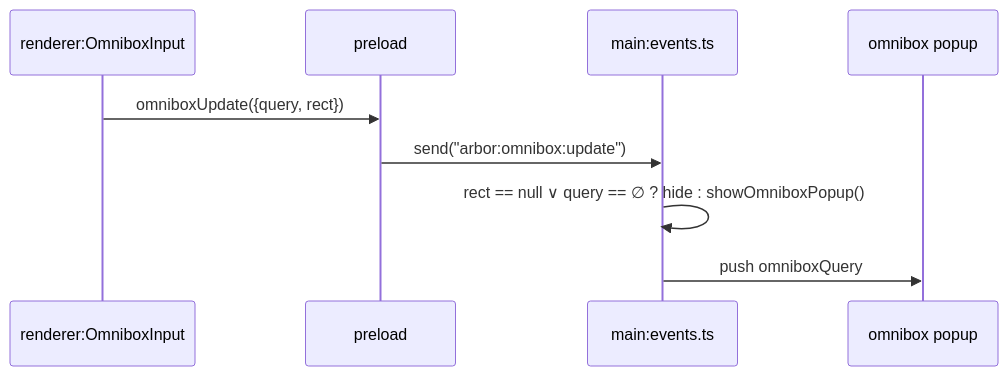
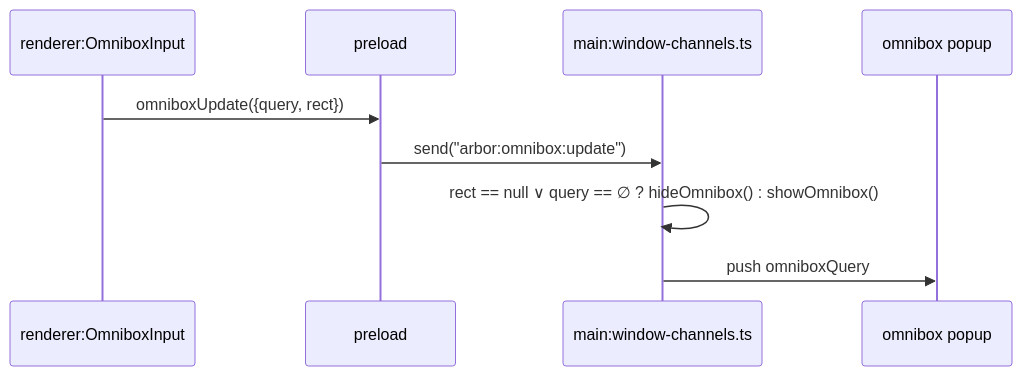
The second of 3 diagrams in docs/architecture/02-ipc.md (rom100main/arbor), drawn with Mermaid before and after one commit. The commit also changed other lines of this file and 3 other files, not shown here.

Commit message:
docs(architecture): extension handling use effect, simplify windows handling

````diff
--- a/docs/architecture/02-ipc.md
+++ b/docs/architecture/02-ipc.md
@@ -57,11 +57,11 @@
 ```mermaid
 sequenceDiagram
     participant R as renderer:OmniboxInput
     participant P as preload
-    participant M as main:events.ts
+    participant M as main:window-channels.ts
     participant W as omnibox popup
     R->>P: omniboxUpdate({query, rect})
     P->>M: send("arbor:omnibox:update")
-    M->>M: rect == null ∨ query == ∅ ? hide : showOmniboxPopup()
+    M->>M: rect == null ∨ query == ∅ ? hideOmnibox() : showOmnibox()
     M->>W: push omniboxQuery
 ```
````
